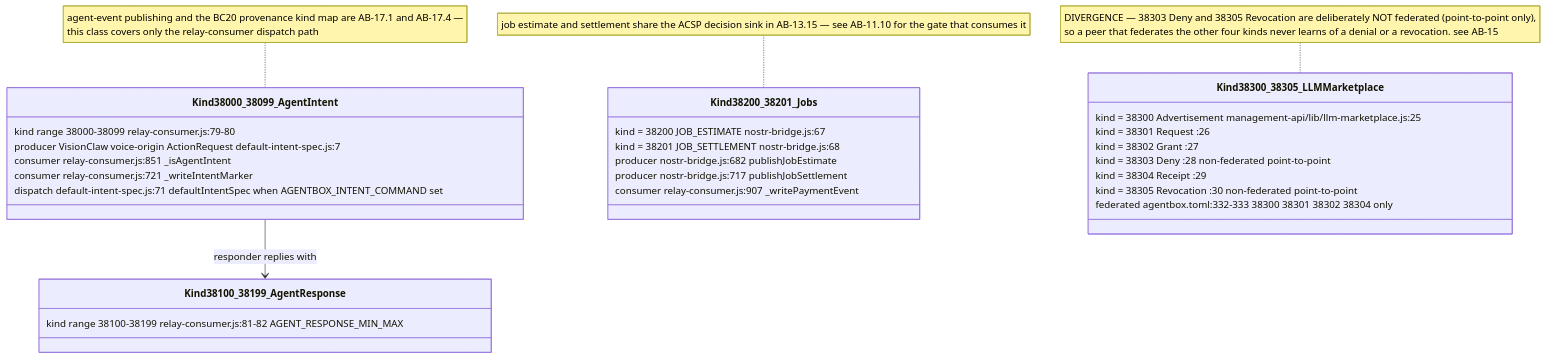
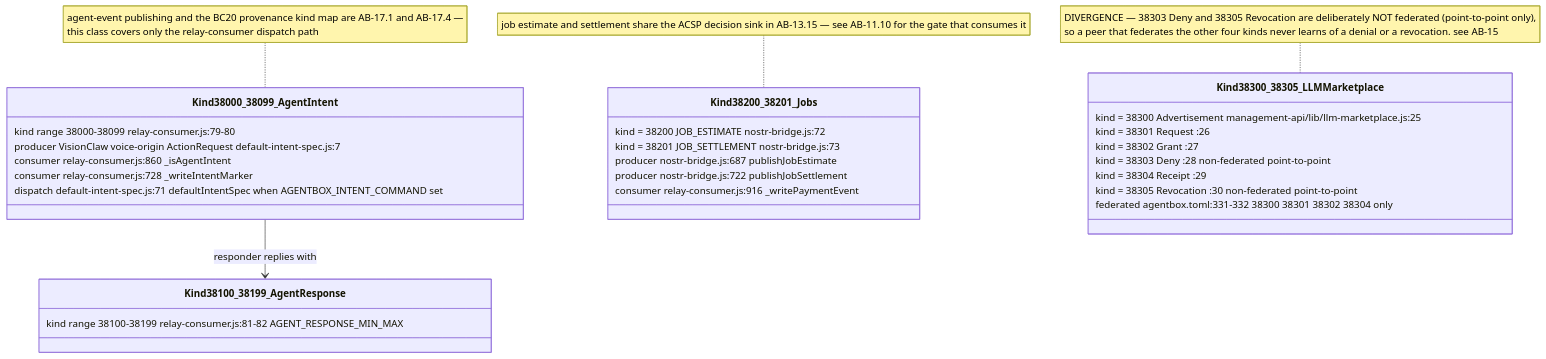
The sixth of 16 diagrams in docs/diagrams/agentbox/13-nostr-relay-gateway-bridge-mirror.md (DreamLab-AI/VisionFlow), drawn with Mermaid before and after one commit. The commit also changed other lines of this file and 7 other files, not shown here.

First line of the commit message:
diagrams(agentbox): re-verify AB-09..AB-16 at agentbox 59b1aca, re-stamp

````diff
--- a/docs/diagrams/agentbox/13-nostr-relay-gateway-bridge-mirror.md
+++ b/docs/diagrams/agentbox/13-nostr-relay-gateway-bridge-mirror.md
@@ -236,33 +237,33 @@
 ```mermaid
 classDiagram
     class Kind38000_38099_AgentIntent {
         kind range 38000-38099 relay-consumer.js:79-80
         producer VisionClaw voice-origin ActionRequest default-intent-spec.js:7
-        consumer relay-consumer.js:851 _isAgentIntent
-        consumer relay-consumer.js:721 _writeIntentMarker
+        consumer relay-consumer.js:860 _isAgentIntent
+        consumer relay-consumer.js:728 _writeIntentMarker
         dispatch default-intent-spec.js:71 defaultIntentSpec when AGENTBOX_INTENT_COMMAND set
     }
     class Kind38100_38199_AgentResponse {
         kind range 38100-38199 relay-consumer.js:81-82 AGENT_RESPONSE_MIN_MAX
     }
     class Kind38200_38201_Jobs {
-        kind = 38200 JOB_ESTIMATE nostr-bridge.js:67
-        kind = 38201 JOB_SETTLEMENT nostr-bridge.js:68
-        producer nostr-bridge.js:682 publishJobEstimate
-        producer nostr-bridge.js:717 publishJobSettlement
-        consumer relay-consumer.js:907 _writePaymentEvent
+        kind = 38200 JOB_ESTIMATE nostr-bridge.js:72
+        kind = 38201 JOB_SETTLEMENT nostr-bridge.js:73
+        producer nostr-bridge.js:687 publishJobEstimate
+        producer nostr-bridge.js:722 publishJobSettlement
+        consumer relay-consumer.js:916 _writePaymentEvent
     }
     class Kind38300_38305_LLMMarketplace {
         kind = 38300 Advertisement management-api/lib/llm-marketplace.js:25
         kind = 38301 Request :26
         kind = 38302 Grant :27
         kind = 38303 Deny :28 non-federated point-to-point
         kind = 38304 Receipt :29
         kind = 38305 Revocation :30 non-federated point-to-point
-        federated agentbox.toml:332-333 38300 38301 38302 38304 only
+        federated agentbox.toml:331-332 38300 38301 38302 38304 only
     }
     Kind38000_38099_AgentIntent --> Kind38100_38199_AgentResponse : responder replies with
     note for Kind38200_38201_Jobs "job estimate and settlement share the ACSP decision sink in AB-13.15 — see AB-11.10 for the gate that consumes it"
     note for Kind38000_38099_AgentIntent "agent-event publishing and the BC20 provenance kind map are AB-17.1 and AB-17.4 —<br/>this class covers only the relay-consumer dispatch path"
     note for Kind38300_38305_LLMMarketplace "DIVERGENCE — 38303 Deny and 38305 Revocation are deliberately NOT federated (point-to-point only),<br/>so a peer that federates the other four kinds never learns of a denial or a revocation. see AB-15"
 ```
````
